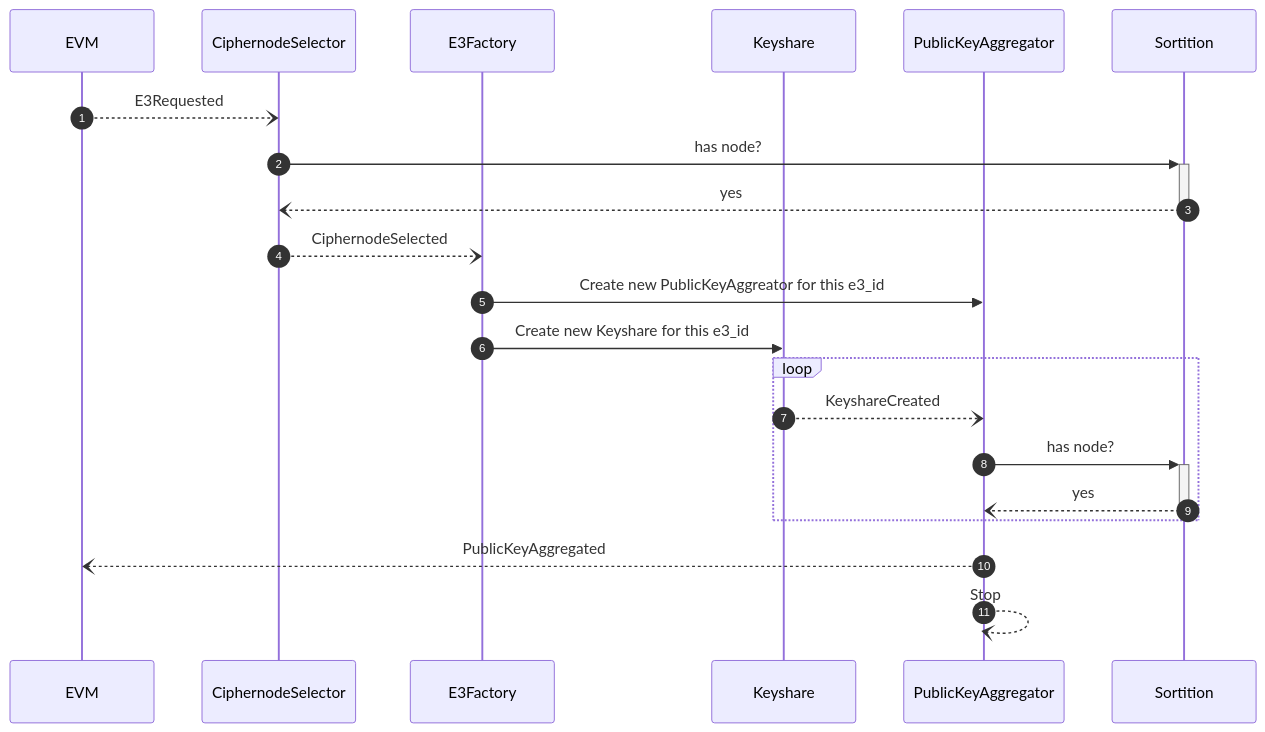
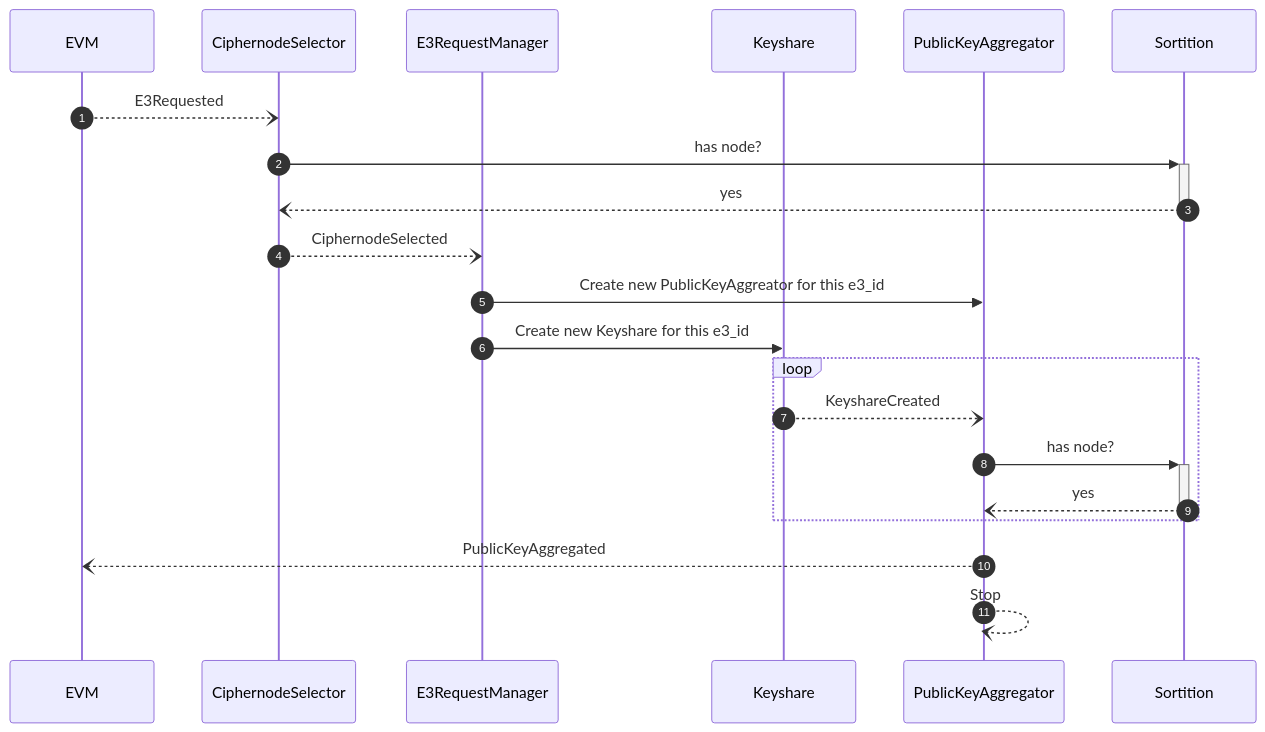
One commit to gnosisguild/enclave changed the first of 2 diagrams in packages/ciphernode/README.md. Above: the diagram before and after it, drawn with Mermaid. The commit also changed other lines of this file, not shown here.

Commit message:
Rename E3RequestManager

````diff
--- a/packages/ciphernode/README.md
+++ b/packages/ciphernode/README.md
@@ -3,24 +3,24 @@
 ```mermaid
 sequenceDiagram
     autonumber
     participant EVM as EVM
     participant CS as CiphernodeSelector
-    participant E3 as E3Factory
+    participant E3 as E3RequestManager
     participant KS as Keyshare
     participant PKA as PublicKeyAggregator
     participant S as Sortition
     
     EVM--)CS: E3Requested 
     CS->>+S: has node?
     S--)-CS: yes
     CS--)E3: CiphernodeSelected
     E3->>PKA: Create new PublicKeyAggreator for this e3_id
     E3->>KS: Create new Keyshare for this e3_id
     loop
         KS--)PKA: KeyshareCreated
         PKA->>+S: has node?
         S--)-PKA: yes
     end
     PKA--)EVM: PublicKeyAggregated
     PKA--)PKA: Stop
 ```
````
